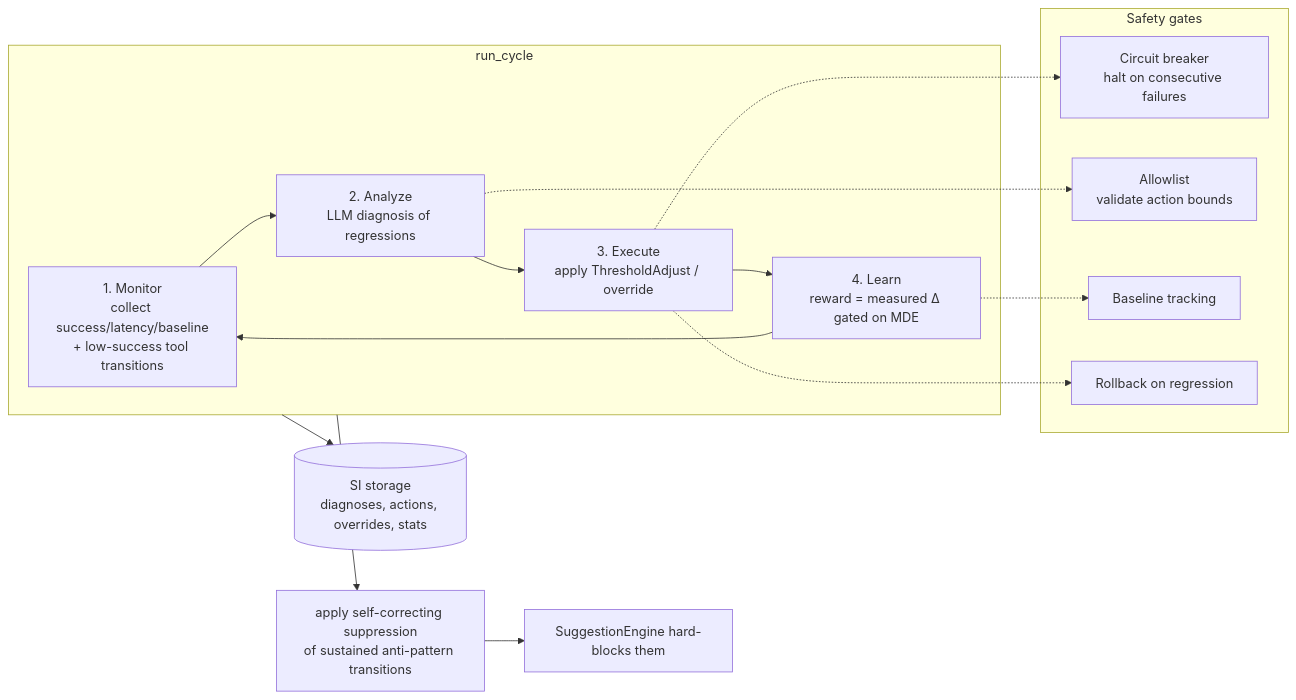
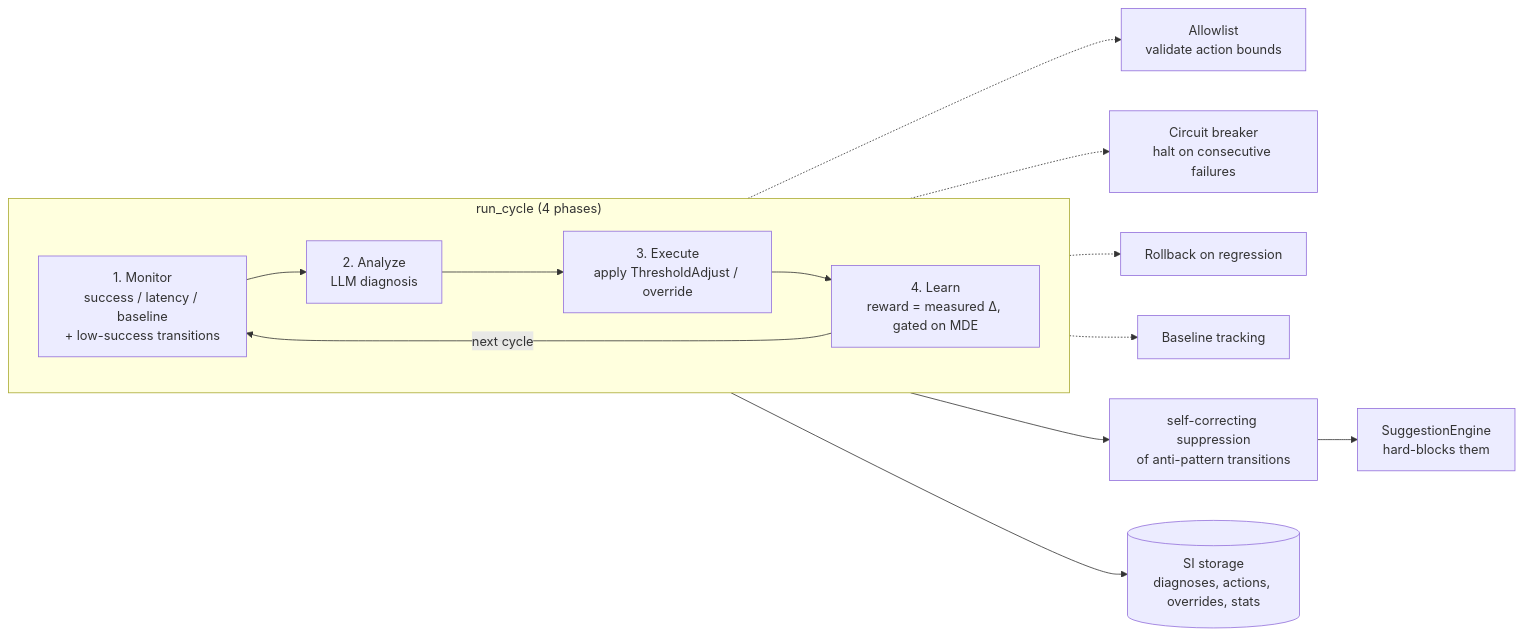
The sixth of 8 diagrams in docs/reference/END_TO_END_FLOW.md (quanticsoul4772/mcp-reasoning), drawn with Mermaid before and after one commit. The commit also changed other lines of this file, not shown here.

First line of the commit message:
docs(flow): fix Mermaid diagrams where nodes fell outside subgraph frames (#179)

````diff
--- a/docs/reference/END_TO_END_FLOW.md
+++ b/docs/reference/END_TO_END_FLOW.md
@@ -216,25 +212,26 @@
 ```mermaid
 flowchart LR
-    subgraph Cycle["run_cycle"]
-        Mon["1. Monitor<br/>collect success/latency/baseline<br/>+ low-success tool transitions"]
-        Ana["2. Analyze<br/>LLM diagnosis of regressions"]
+    subgraph Cycle["run_cycle (4 phases)"]
+        direction LR
+        Mon["1. Monitor<br/>success / latency / baseline<br/>+ low-success transitions"]
+        Ana["2. Analyze<br/>LLM diagnosis"]
         Exe["3. Execute<br/>apply ThresholdAdjust / override"]
-        Lrn["4. Learn<br/>reward = measured Δ gated on MDE"]
-        Mon --> Ana --> Exe --> Lrn --> Mon
+        Lrn["4. Learn<br/>reward = measured Δ, gated on MDE"]
+        Mon --> Ana --> Exe --> Lrn
+        Lrn -->|"next cycle"| Mon
     end
 
-    subgraph Safety["Safety gates"]
-        CB["Circuit breaker<br/>halt on consecutive failures"]
-        AL["Allowlist<br/>validate action bounds"]
-        BL["Baseline tracking"]
-        RB["Rollback on regression"]
-    end
-
+    %% Safety gates are free nodes; dotted edges exit the cycle (no cross-cluster tangle)
+    AL["Allowlist<br/>validate action bounds"]
+    CB["Circuit breaker<br/>halt on consecutive failures"]
+    RB["Rollback on regression"]
+    BL["Baseline tracking"]
     Ana -.-> AL
     Exe -.-> CB
     Exe -.-> RB
     Lrn -.-> BL
-    Cycle --> Sup["apply self-correcting suppression<br/>of sustained anti-pattern transitions"]
-    Sup --> SuggEng["SuggestionEngine hard-blocks them"]
-    Cycle --> Store[("SI storage<br/>diagnoses, actions, overrides, stats")]
+
+    Lrn --> Sup["self-correcting suppression<br/>of anti-pattern transitions"]
+    Sup --> SuggEng["SuggestionEngine<br/>hard-blocks them"]
+    Mon --> Store[("SI storage<br/>diagnoses, actions, overrides, stats")]
 ```
````
